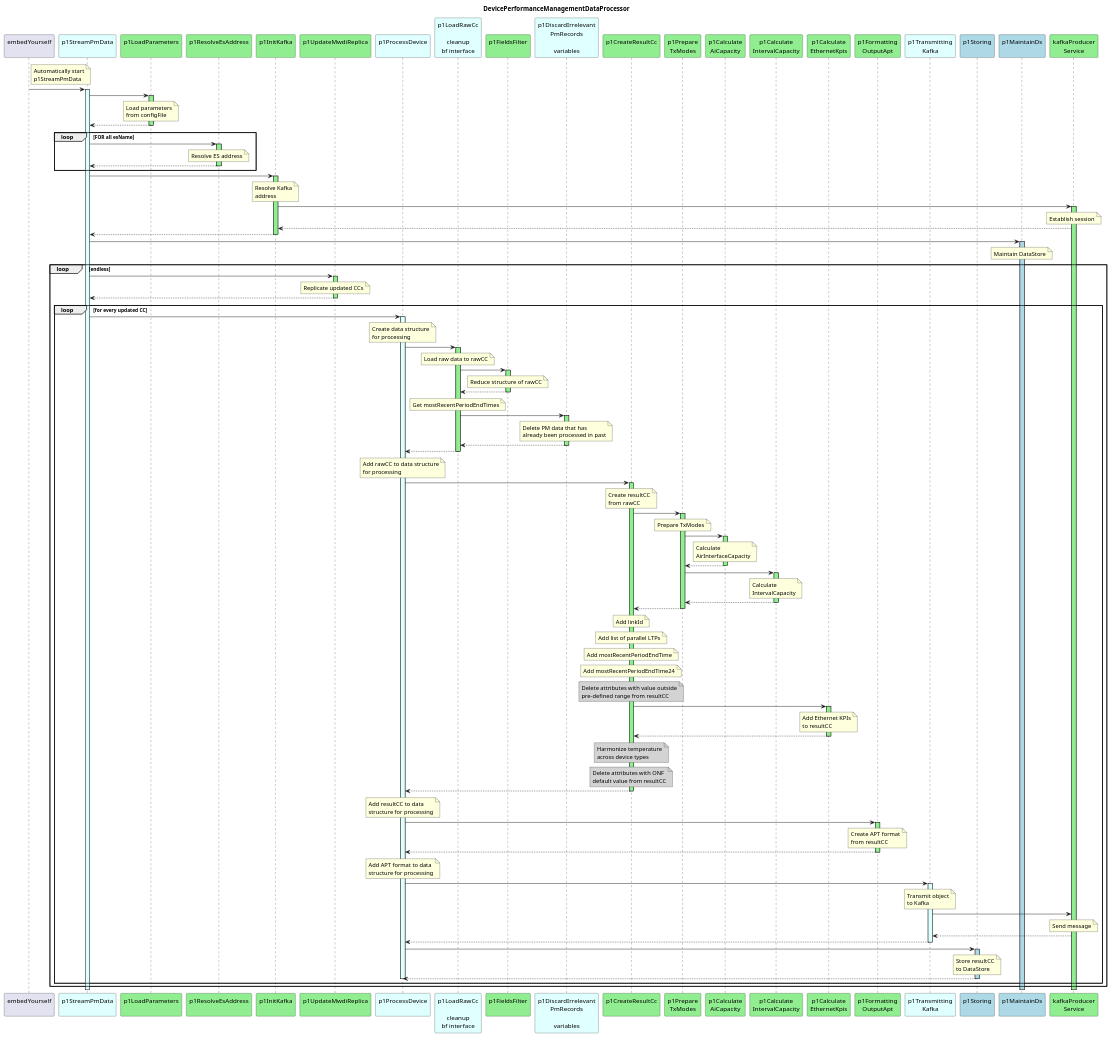
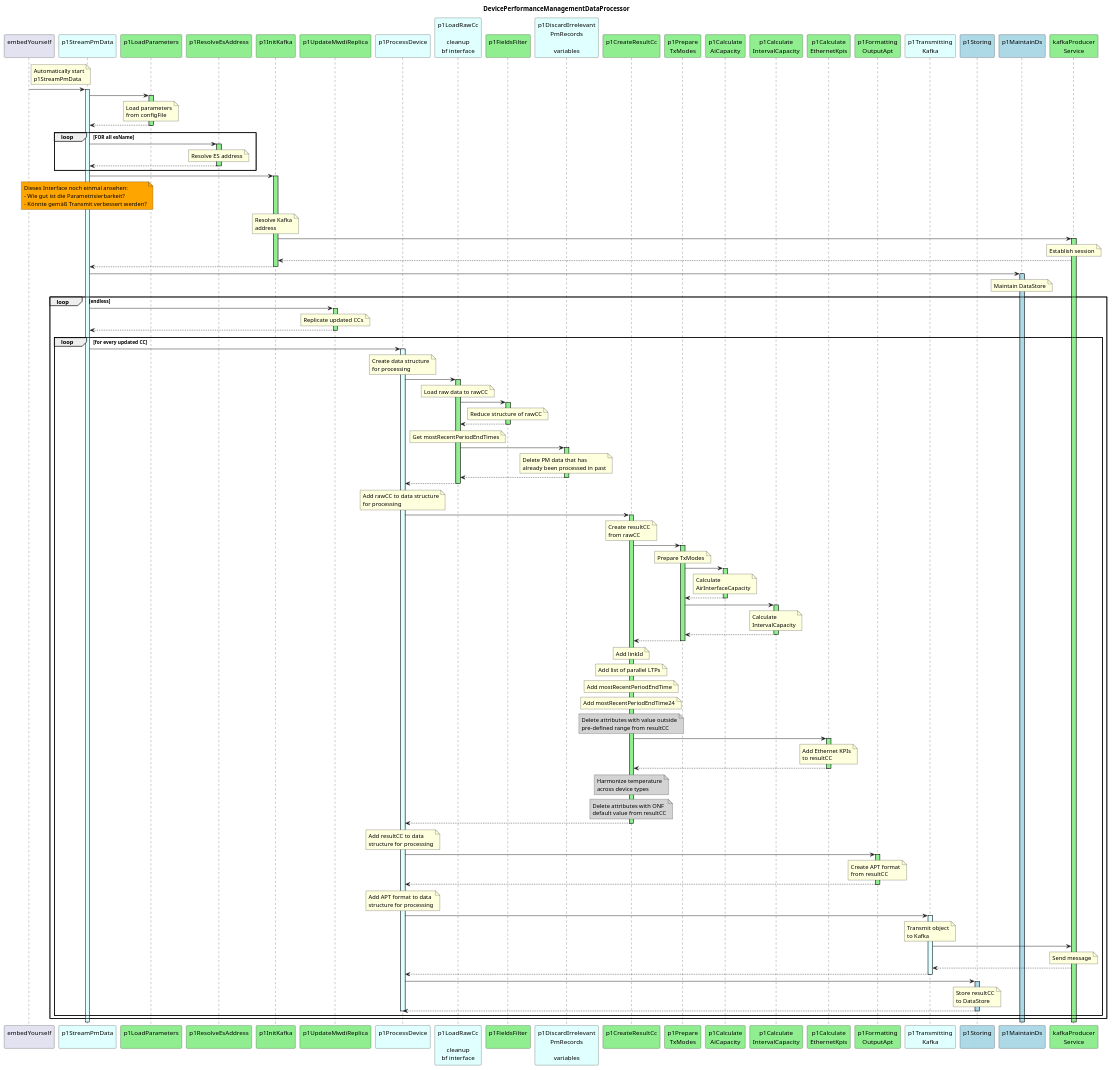
One commit to openBackhaul/DevicePerformanceManagementDataProcessor changed the diagram in spec/diagrams/hl_sequence.plantuml. Above: the diagram before and after it, drawn with PlantUML. The commit also changed 21 other files, not shown here.

```diff
--- a/spec/diagrams/hl_sequence.plantuml
+++ b/spec/diagrams/hl_sequence.plantuml
@@ -63,6 +63,12 @@
   end Loop
 
   p1RMWDI -> p1InitKafka
+    note over p1RMWDI #Orange
+      Dieses Interface noch einmal ansehen:
+      - Wie gut ist die Parametrisierbarkeit?
+      - Könnte gemäß Transmit verbessert werden?
+    end note
+  
   activate p1InitKafka #LightGreen
 
     note over p1InitKafka
```
